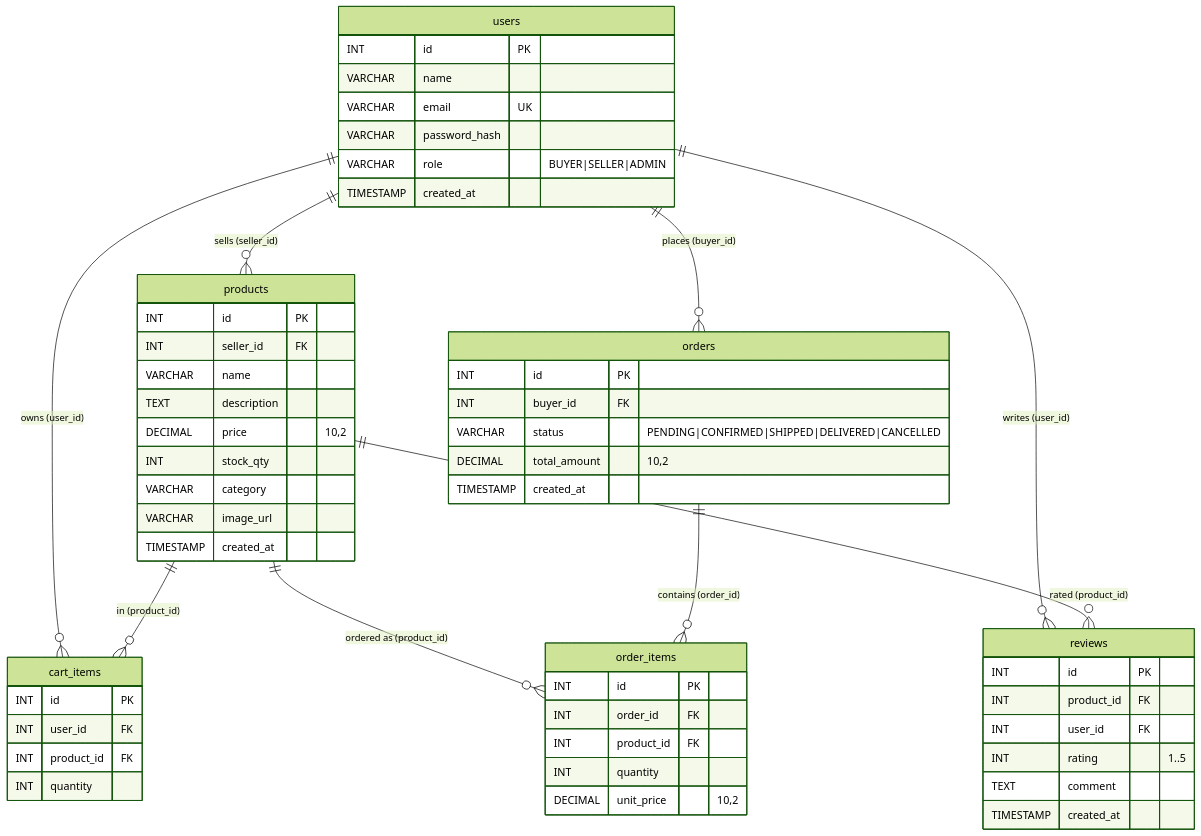
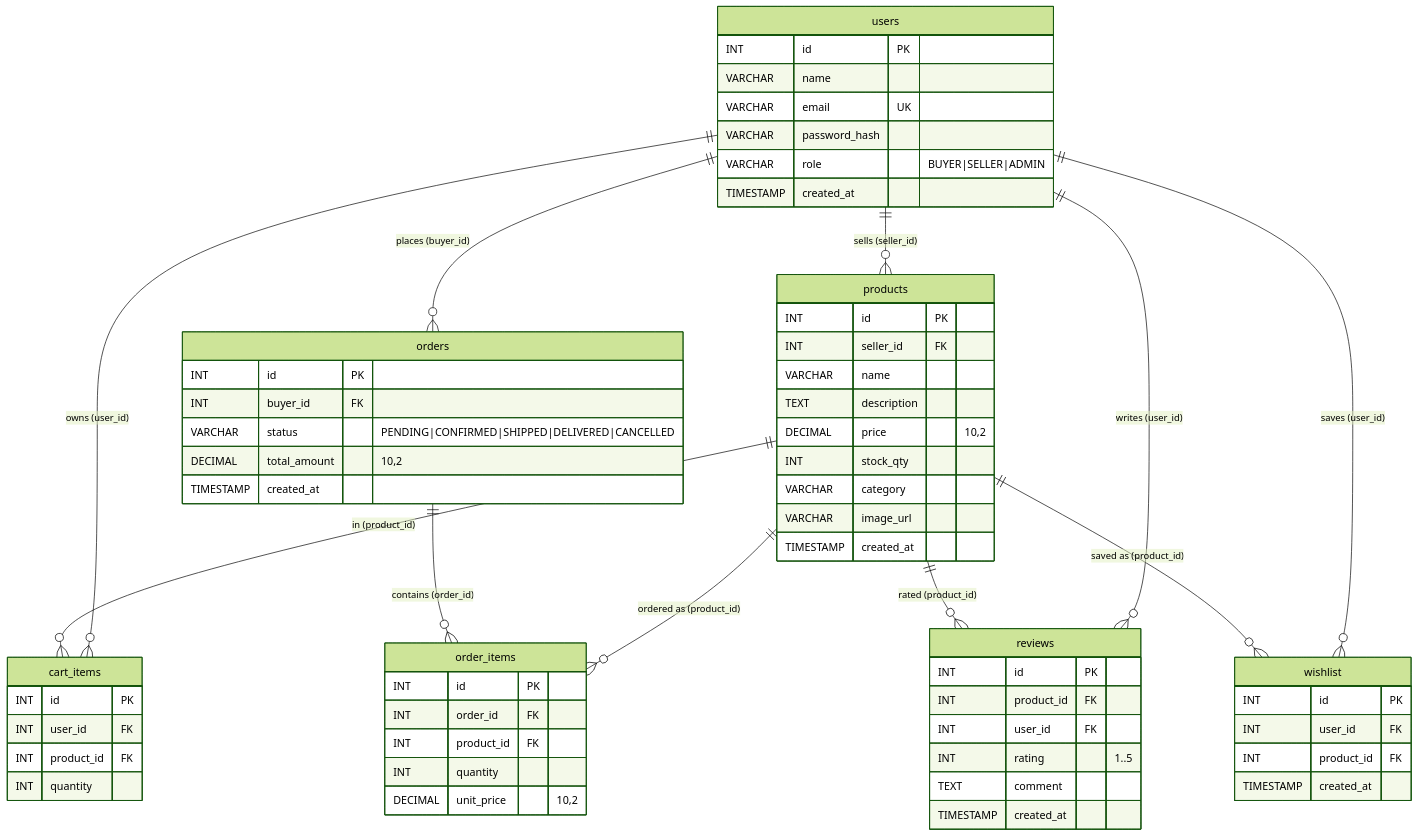
The diagram in docs/ER_DIAGRAM.md (arthy2008/ArthyMart), drawn with Mermaid (forest theme) before and after one commit. The commit also changed 35 other files, not shown here.

````diff
--- a/docs/ER_DIAGRAM.md
+++ b/docs/ER_DIAGRAM.md
@@ -3,59 +3,67 @@
 ```mermaid
 erDiagram
     users ||--o{ products : "sells (seller_id)"
     users ||--o{ orders : "places (buyer_id)"
     users ||--o{ cart_items : "owns (user_id)"
     users ||--o{ reviews : "writes (user_id)"
     products ||--o{ cart_items : "in (product_id)"
     products ||--o{ order_items : "ordered as (product_id)"
     products ||--o{ reviews : "rated (product_id)"
+    users ||--o{ wishlist : "saves (user_id)"
+    products ||--o{ wishlist : "saved as (product_id)"
     orders ||--o{ order_items : "contains (order_id)"
 
     users {
         INT id PK
         VARCHAR name
         VARCHAR email UK
         VARCHAR password_hash
         VARCHAR role "BUYER|SELLER|ADMIN"
         TIMESTAMP created_at
     }
     products {
         INT id PK
         INT seller_id FK
         VARCHAR name
         TEXT description
         DECIMAL price "10,2"
         INT stock_qty
         VARCHAR category
         VARCHAR image_url
         TIMESTAMP created_at
     }
     orders {
         INT id PK
         INT buyer_id FK
         VARCHAR status "PENDING|CONFIRMED|SHIPPED|DELIVERED|CANCELLED"
         DECIMAL total_amount "10,2"
         TIMESTAMP created_at
     }
     order_items {
         INT id PK
         INT order_id FK
         INT product_id FK
         INT quantity
         DECIMAL unit_price "10,2"
     }
     cart_items {
         INT id PK
         INT user_id FK
         INT product_id FK
         INT quantity
     }
+    wishlist {
+        INT id PK
+        INT user_id FK
+        INT product_id FK
+        TIMESTAMP created_at
+    }
     reviews {
         INT id PK
         INT product_id FK
         INT user_id FK
         INT rating "1..5"
         TEXT comment
         TIMESTAMP created_at
     }
 ```
````
